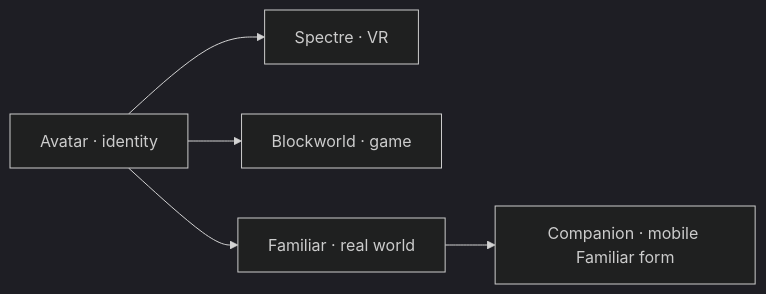
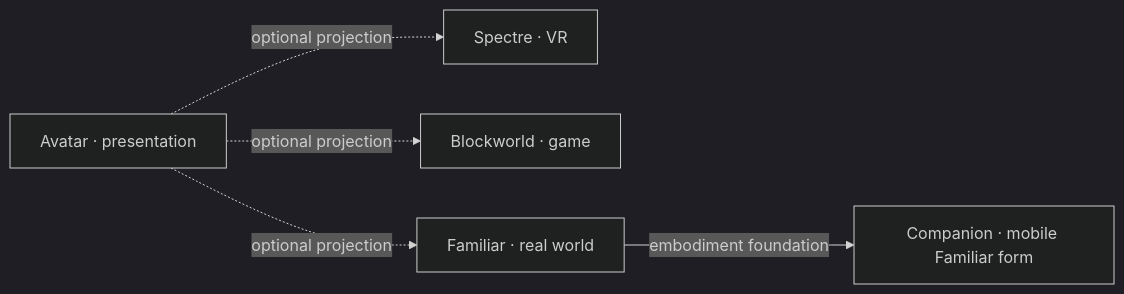
One commit to hexanomicon/lychd changed the first of 2 diagrams in docs/compositions/familiar/index.md. Above: the diagram before and after it, drawn with Mermaid (dark theme). The commit also changed other lines of this file and 437 other files, not shown here.

````diff
--- a/docs/compositions/familiar/index.md
+++ b/docs/compositions/familiar/index.md
@@ -23,7 +23,7 @@
 ```mermaid
 flowchart LR
-    A[Avatar · identity] --> S[Spectre · VR]
-    A --> B[Blockworld · game]
-    A --> F[Familiar · real world]
-    F --> C[Companion · mobile Familiar form]
+    A["Avatar · presentation"] -. "optional projection" .-> S["Spectre · VR"]
+    A -. "optional projection" .-> B["Blockworld · game"]
+    A -. "optional projection" .-> F["Familiar · real world"]
+    F -->|"embodiment foundation"| C["Companion · mobile Familiar form"]
 ```
````
